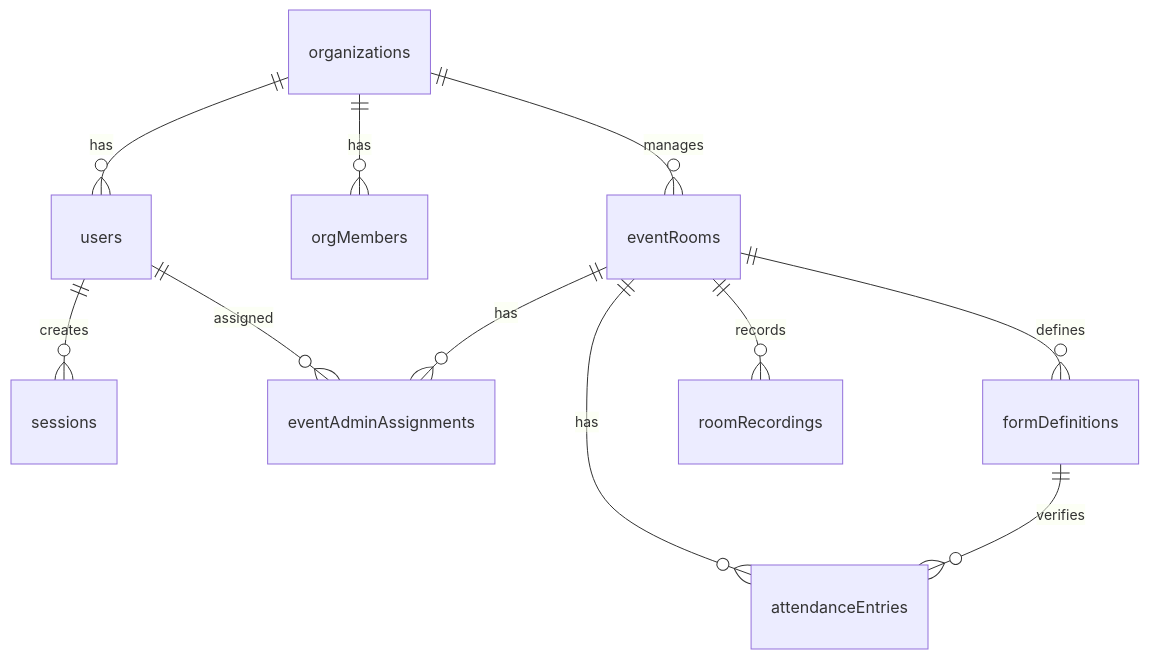
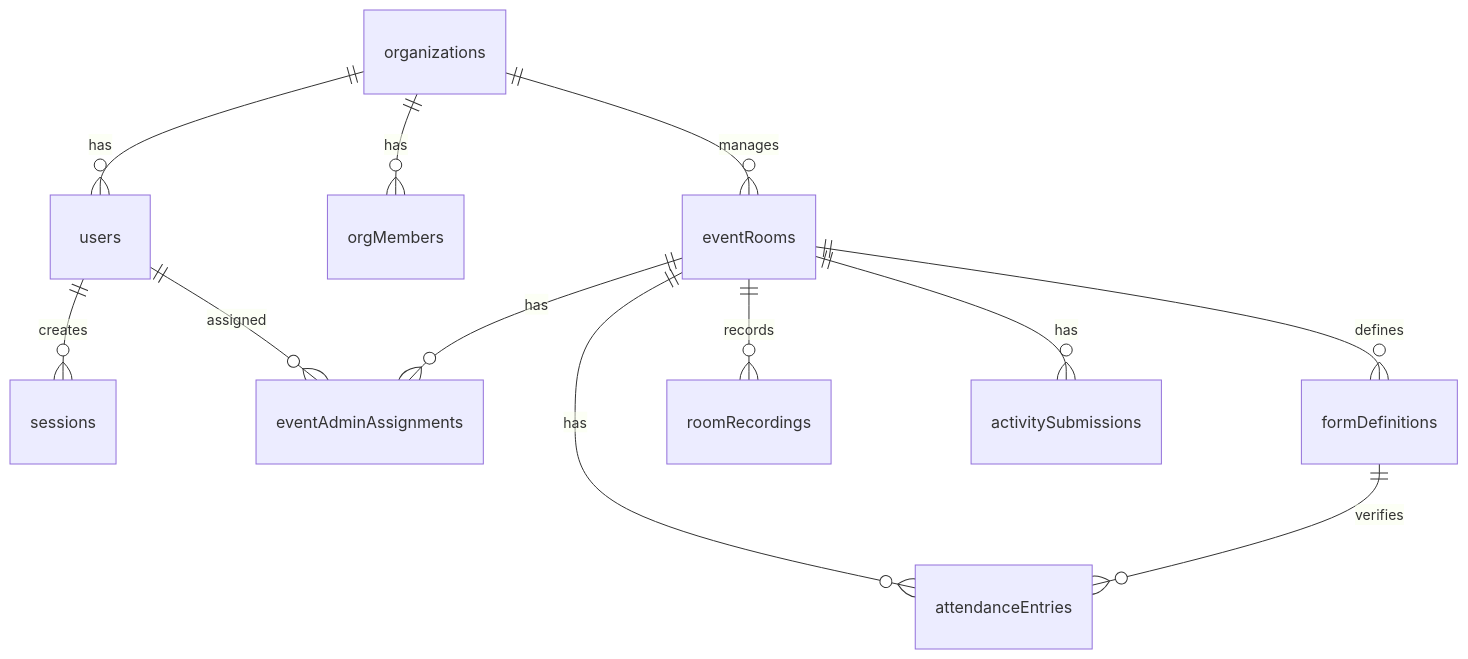
The diagram in context.md (nextventuresecs/Eventclick), drawn with Mermaid before and after one commit. The commit also changed other lines of this file, not shown here.

Commit message:
docs: update context.md with Quality-Control (QC) Activity Tracking architecture

````diff
--- a/context.md
+++ b/context.md
@@ -70,13 +72,14 @@
 ```mermaid
 erDiagram
     organizations ||--o{ users : "has"
     organizations ||--o{ orgMembers : "has"
     organizations ||--o{ eventRooms : "manages"
     users ||--o{ sessions : "creates"
     users ||--o{ eventAdminAssignments : "assigned"
     eventRooms ||--o{ formDefinitions : "defines"
     eventRooms ||--o{ attendanceEntries : "has"
     eventRooms ||--o{ roomRecordings : "records"
     eventRooms ||--o{ eventAdminAssignments : "has"
+    eventRooms ||--o{ activitySubmissions : "has"
     formDefinitions ||--o{ attendanceEntries : "verifies"
 ```
````
